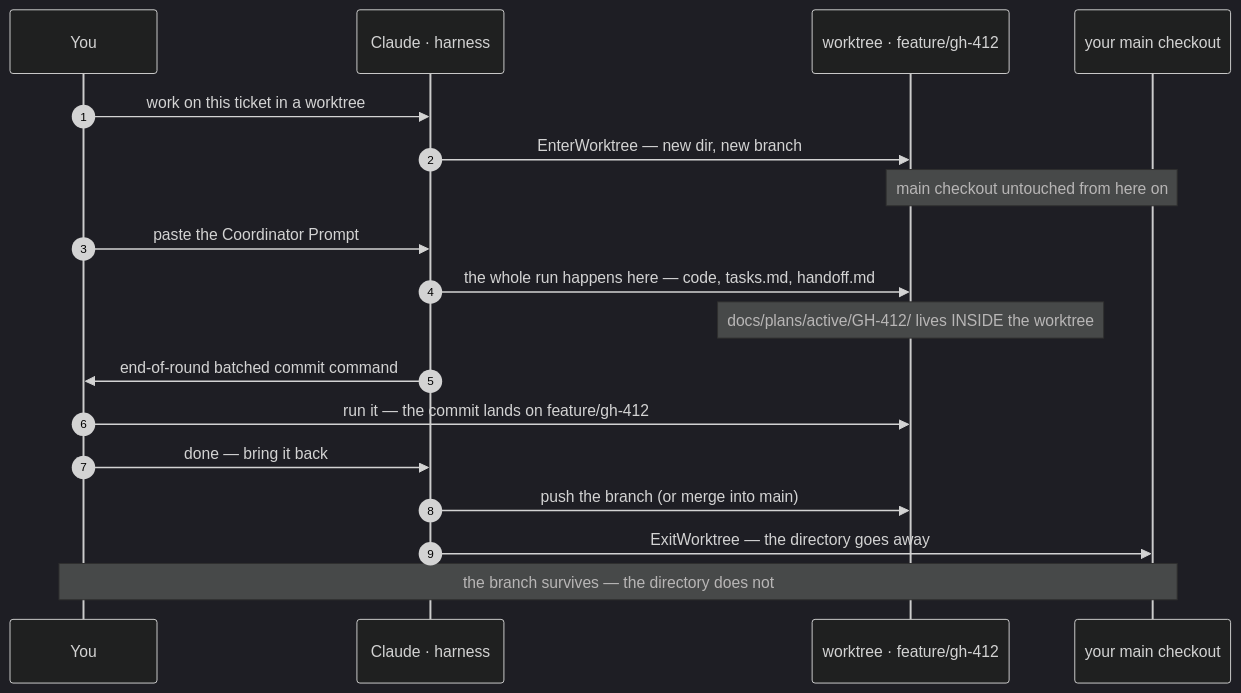
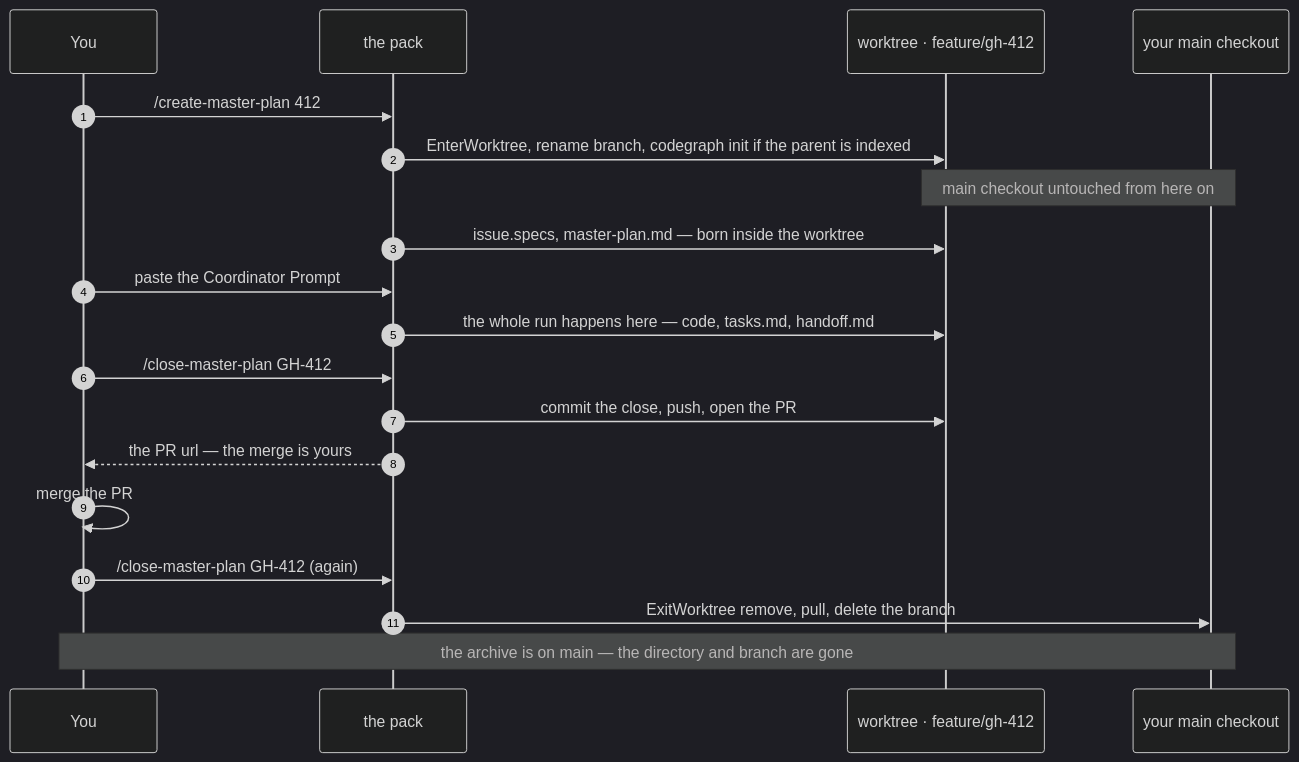
Before and after one commit to necofx/necofx-claude-marketplace: diagram 11 of 13 in docs/master-plan-pack/TUTORIAL.md, drawn with Mermaid (dark theme). The commit also changed other lines of this file and 18 other files, not shown here.

````diff
--- a/docs/master-plan-pack/TUTORIAL.md
+++ b/docs/master-plan-pack/TUTORIAL.md
@@ -866,24 +876,25 @@
 ```mermaid
 sequenceDiagram
     autonumber
     participant U as You
-    participant H as Claude · harness
+    participant S as the pack
     participant W as worktree · feature/gh-412
     participant M as your main checkout
 
-    U->>H: work on this ticket in a worktree
-    H->>W: EnterWorktree — new dir, new branch
+    U->>S: /create-master-plan 412
+    S->>W: EnterWorktree, rename branch, codegraph init if the parent is indexed
     Note over W,M: main checkout untouched from here on
+    S->>W: issue.specs, master-plan.md — born inside the worktree
 
-    U->>H: paste the Coordinator Prompt
-    H->>W: the whole run happens here — code, tasks.md, handoff.md
-    Note over W: docs/plans/active/GH-412/ lives INSIDE the worktree
+    U->>S: paste the Coordinator Prompt
+    S->>W: the whole run happens here — code, tasks.md, handoff.md
 
-    H->>U: end-of-round batched commit command
-    U->>W: run it — the commit lands on feature/gh-412
+    U->>S: /close-master-plan GH-412
+    S->>W: commit the close, push, open the PR
+    S-->>U: the PR url — the merge is yours
 
-    U->>H: done — bring it back
-    H->>W: push the branch  (or merge into main)
-    H->>M: ExitWorktree — the directory goes away
-    Note over U,M: the branch survives — the directory does not
+    U->>U: merge the PR
+    U->>S: /close-master-plan GH-412  (again)
+    S->>M: ExitWorktree remove, pull, delete the branch
+    Note over U,M: the archive is on main — the directory and branch are gone
 ```
````
